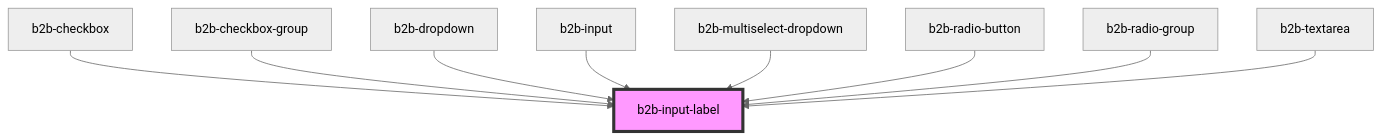
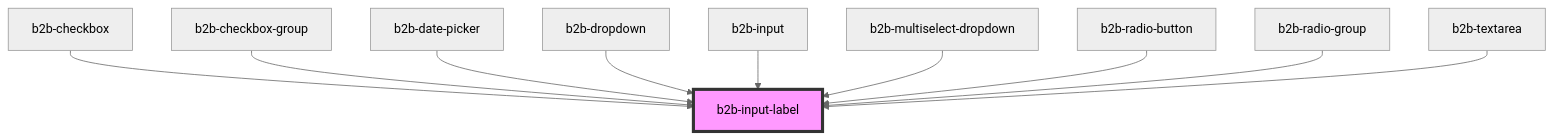
The diagram in packages/core-components/src/components/input-label/readme.md (otto-de/b2b-design-system), drawn with Mermaid (neutral theme) before and after one commit. The commit also changed other lines of this file and 6 other files, not shown here.

````diff
--- a/packages/core-components/src/components/input-label/readme.md
+++ b/packages/core-components/src/components/input-label/readme.md
@@ -30,12 +31,13 @@
 ```mermaid
 graph TD;
   b2b-checkbox --> b2b-input-label
   b2b-checkbox-group --> b2b-input-label
+  b2b-date-picker --> b2b-input-label
   b2b-dropdown --> b2b-input-label
   b2b-input --> b2b-input-label
   b2b-multiselect-dropdown --> b2b-input-label
   b2b-radio-button --> b2b-input-label
   b2b-radio-group --> b2b-input-label
   b2b-textarea --> b2b-input-label
   style b2b-input-label fill:#f9f,stroke:#333,stroke-width:4px
 ```
````
